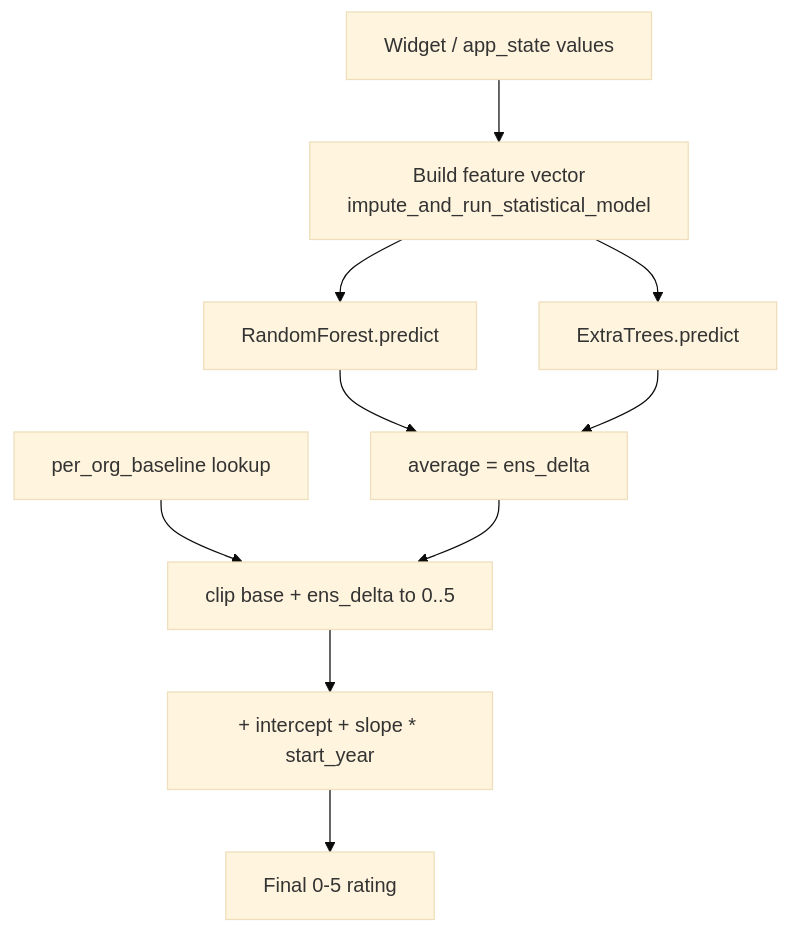
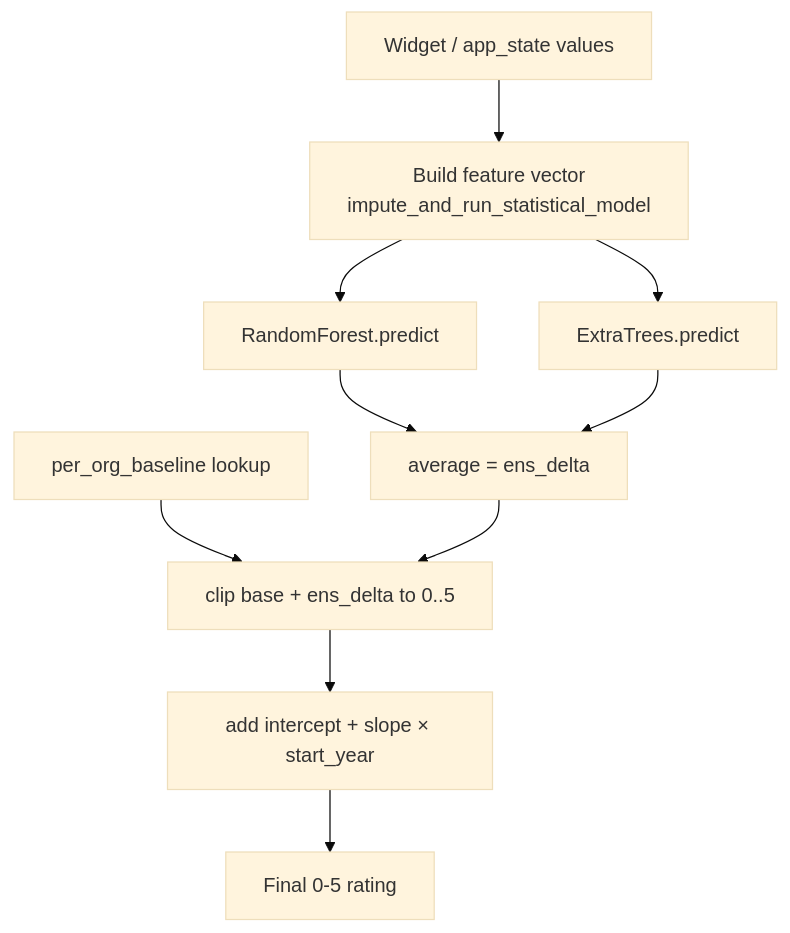
The diagram in docs/knowledge_base/Forecasting Model.md (morganrivers/iati_webapp), drawn with Mermaid (base theme) before and after one commit. The commit also changed other lines of this file and 5 other files, not shown here.

First line of the commit message:
Docs: reflect projects/ rename; fix mermaid list error; correct org count

````diff
--- a/docs/knowledge_base/Forecasting Model.md
+++ b/docs/knowledge_base/Forecasting Model.md
@@ -23,12 +23,12 @@
 ```mermaid
 flowchart TD
     W[Widget / app_state values] --> V[Build feature vector<br/>impute_and_run_statistical_model]
     V --> RF[RandomForest.predict]
     V --> ET[ExtraTrees.predict]
     RF --> D[average = ens_delta]
     ET --> D
     B[per_org_baseline lookup] --> S[clip base + ens_delta to 0..5]
     D --> S
-    S --> Y[+ intercept + slope * start_year]
+    S --> Y[add intercept + slope × start_year]
     Y --> P[Final 0-5 rating]
 ```
````
